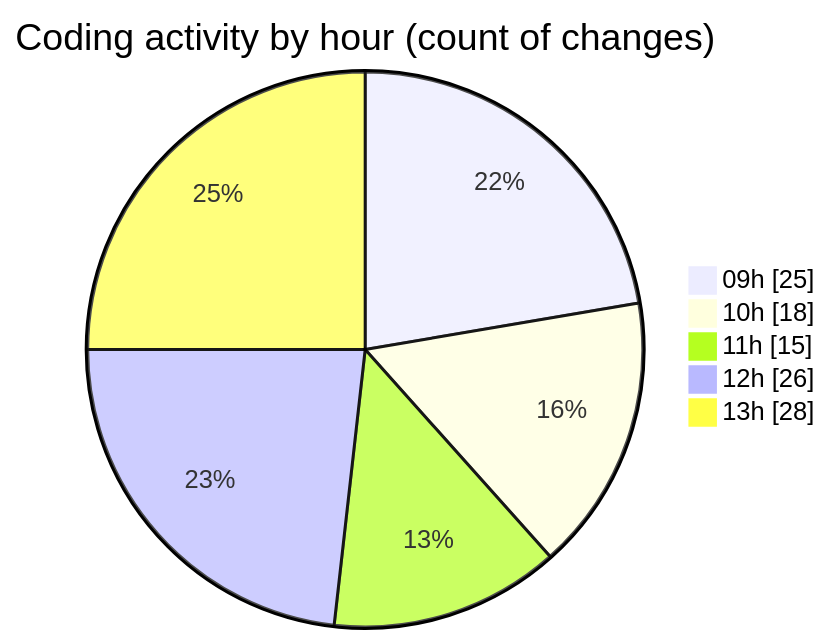
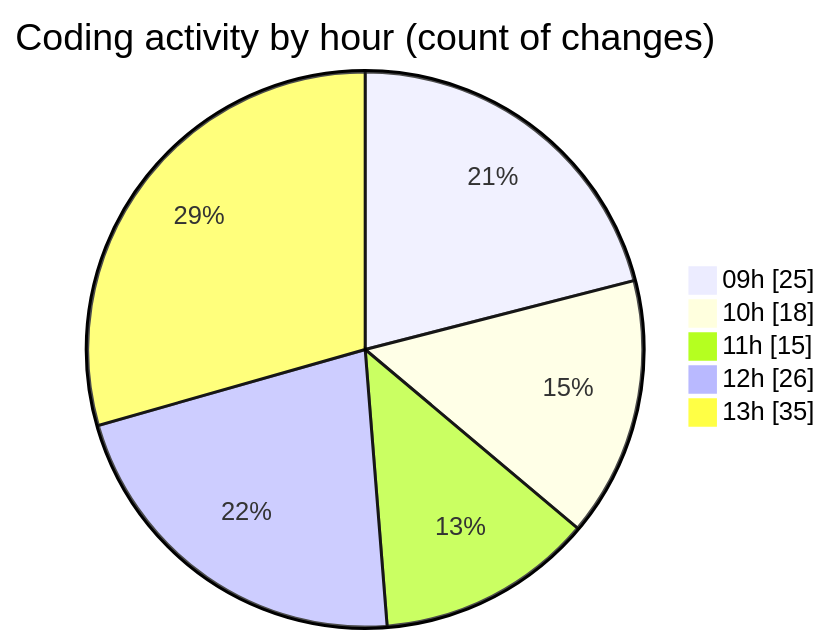
Before and after one commit to momahboobian/code-tracking: the second of 2 diagrams in 2025-03-13/cda/README.md, drawn with Mermaid. The commit also changed other lines of this file and 1 other file, not shown here.

````diff
--- a/2025-03-13/cda/README.md
+++ b/2025-03-13/cda/README.md
@@ -38,9 +42,9 @@
 ```mermaid
 pie showData
 title Coding activity by hour (count of changes)
 "09h" : 25
 "10h" : 18
 "11h" : 15
 "12h" : 26
-"13h" : 28
+"13h" : 35
 ```
````
